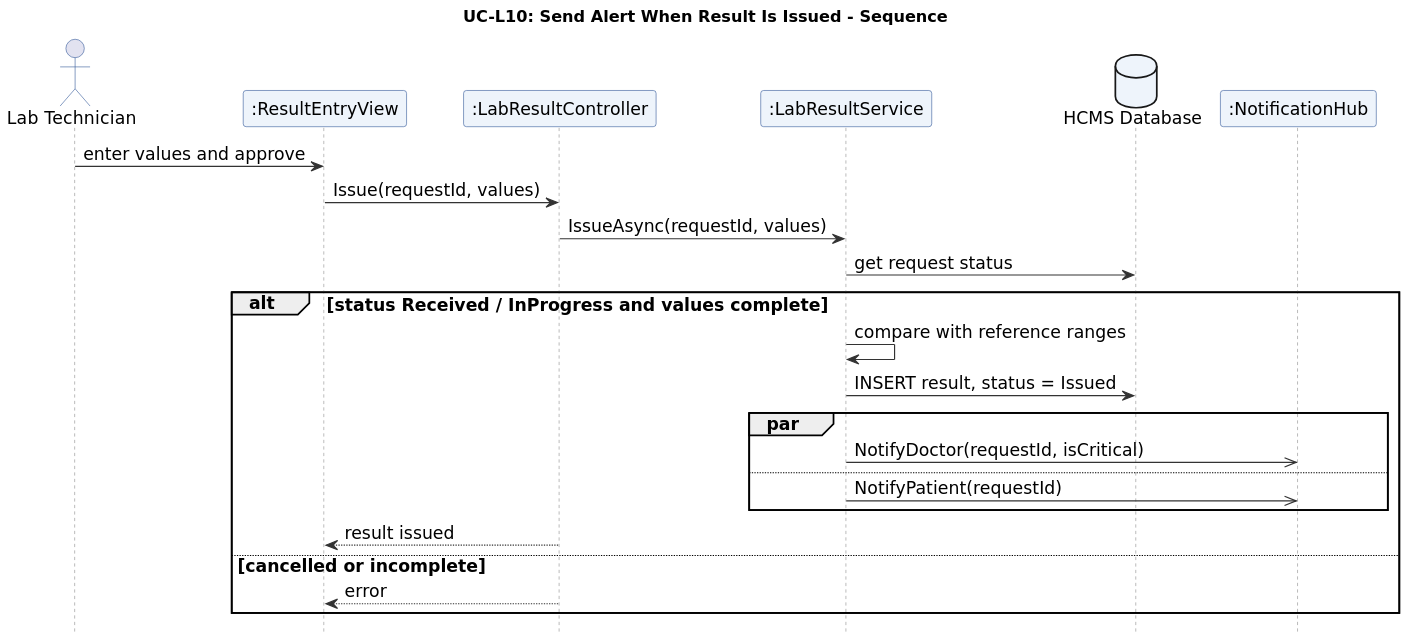
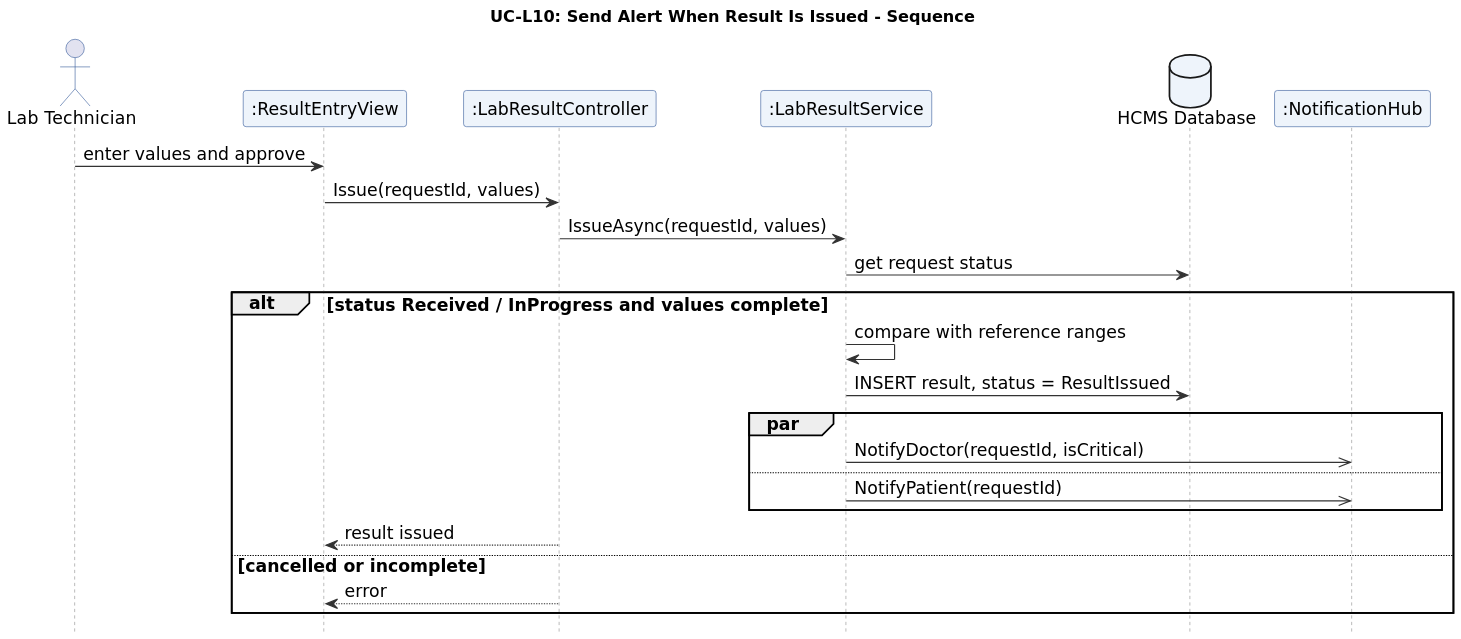
Before and after one commit to aymansl/HCMS: the diagram in docs/diagrams/UC-L10_seq.puml, drawn with PlantUML. The commit also changed 2 other files, not shown here.

Commit message:
docs(requirements): English UI in the usability requirement; one name for the result-issued status

```diff
--- a/docs/diagrams/UC-L10_seq.puml
+++ b/docs/diagrams/UC-L10_seq.puml
@@ -1,47 +1,47 @@
 @startuml
 skinparam dpi 170
 skinparam shadowing false
 skinparam defaultFontName DejaVu Sans
 skinparam defaultFontSize 12
 skinparam ArrowColor #333333
 skinparam ActivityBackgroundColor #EEF4FB
 skinparam ActivityBorderColor #2F5597
 skinparam ActivityDiamondBackgroundColor #FFF7E0
 skinparam SwimlaneTitleFontStyle bold
 skinparam ParticipantBackgroundColor #EEF4FB
 skinparam ParticipantBorderColor #2F5597
 skinparam SequenceLifeLineBorderColor #888888
 skinparam UsecaseBackgroundColor #EEF4FB
 skinparam UsecaseBorderColor #2F5597
 skinparam ActorBorderColor #2F5597
 skinparam DatabaseBackgroundColor #EEF4FB
 skinparam SequenceGroupHeaderFontStyle bold
 title UC-L10: Send Alert When Result Is Issued - Sequence
 skinparam defaultFontSize 15
 skinparam ParticipantFontSize 15
 skinparam ActorFontSize 15
 skinparam DatabaseFontSize 15
 hide footbox
 actor "Lab Technician" as U
 participant ":ResultEntryView" as V
 participant ":LabResultController" as C
 participant ":LabResultService" as S
 database "HCMS Database" as DB
 participant ":NotificationHub" as H
 U -> V : enter values and approve
 V -> C : Issue(requestId, values)
 C -> S : IssueAsync(requestId, values)
 S -> DB : get request status
 alt status Received / InProgress and values complete
   S -> S : compare with reference ranges
-  S -> DB : INSERT result, status = Issued
+  S -> DB : INSERT result, status = ResultIssued
   par
     S ->> H : NotifyDoctor(requestId, isCritical)
   else
     S ->> H : NotifyPatient(requestId)
   end
   C --> V : result issued
 else cancelled or incomplete
   C --> V : error
 end
 @enduml
```
